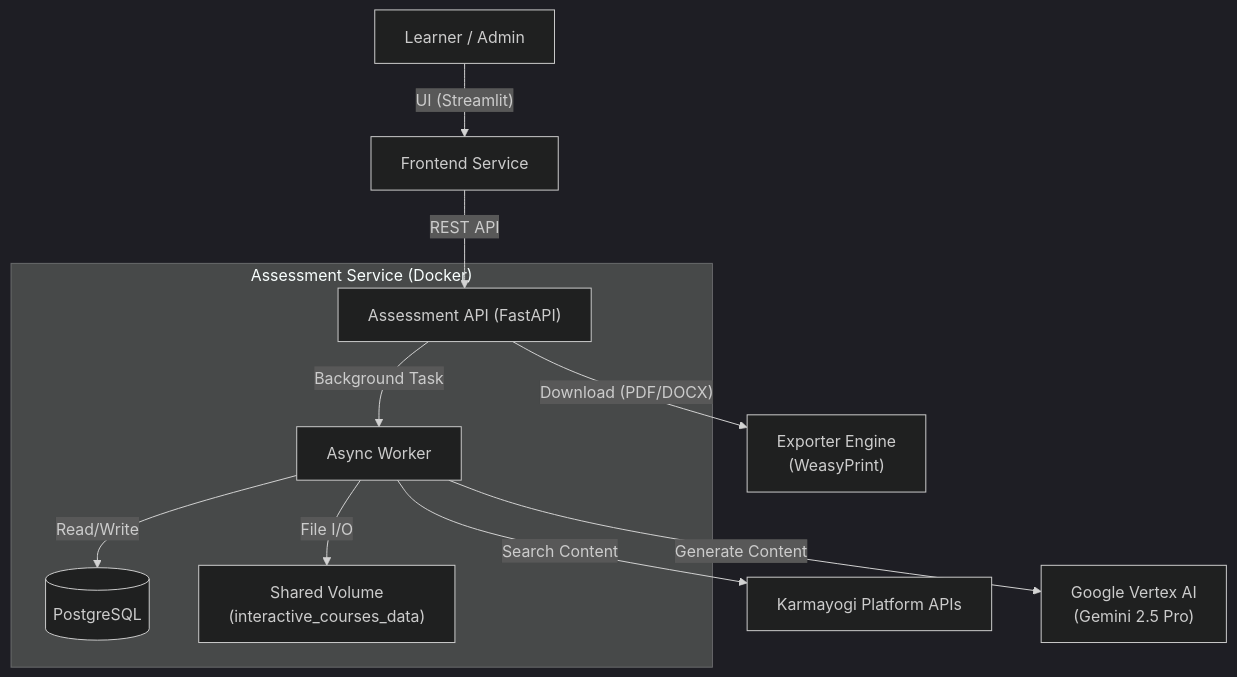
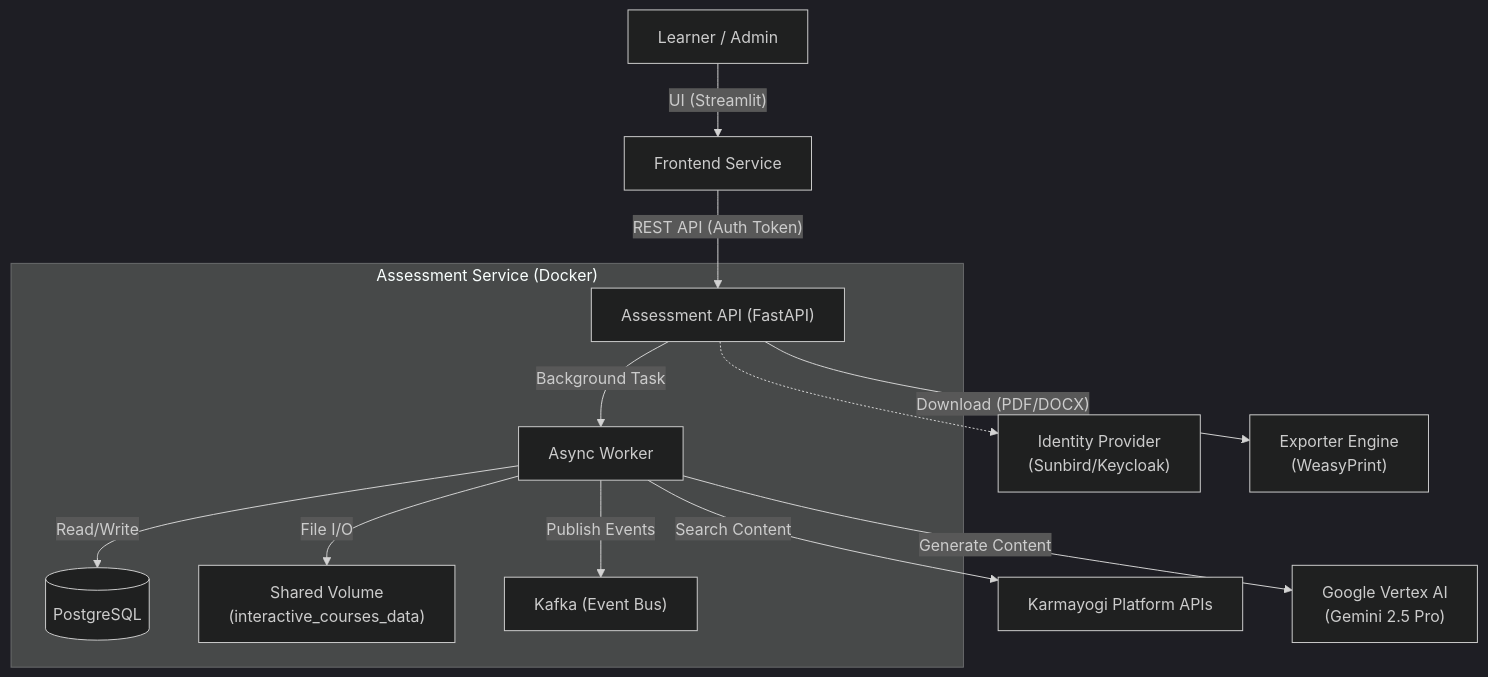
One commit to KB-iGOT/ai-assessment-service changed the first of 3 diagrams in architecture.md. Above: the diagram before and after it, drawn with Mermaid (dark theme). The commit also changed other lines of this file and 10 other files, not shown here.

Commit message:
feat: Implement V2 API (Auth, Kafka Events, CSV Export, Edit Mode)

````diff
--- a/architecture.md
+++ b/architecture.md
@@ -9,16 +9,19 @@
 ```mermaid
 graph TD
     User["Learner / Admin"] -- "UI (Streamlit)" --> UI["Frontend Service"]
-    UI -- "REST API" --> API["Assessment API (FastAPI)"]
+    UI -- "REST API (Auth Token)" --> API["Assessment API (FastAPI)"]
     
     subgraph "Assessment Service (Docker)"
         API -- "Background Task" --> Worker["Async Worker"]
         Worker -- "Read/Write" --> DB[("PostgreSQL")]
         Worker -- "File I/O" --> FS["Shared Volume\n(interactive_courses_data)"]
+        Worker -- "Publish Events" --> Kafka["Kafka (Event Bus)"]
     end
+    
+    API -.-> IdP["Identity Provider\n(Sunbird/Keycloak)"]
     
     Worker -- "Search Content" --> KB["Karmayogi Platform APIs"]
     Worker -- "Generate Content" --> Gemini["Google Vertex AI\n(Gemini 2.5 Pro)"]
     
     API -- "Download (PDF/DOCX)" --> Exporter["Exporter Engine\n(WeasyPrint)"]
 ```
````
